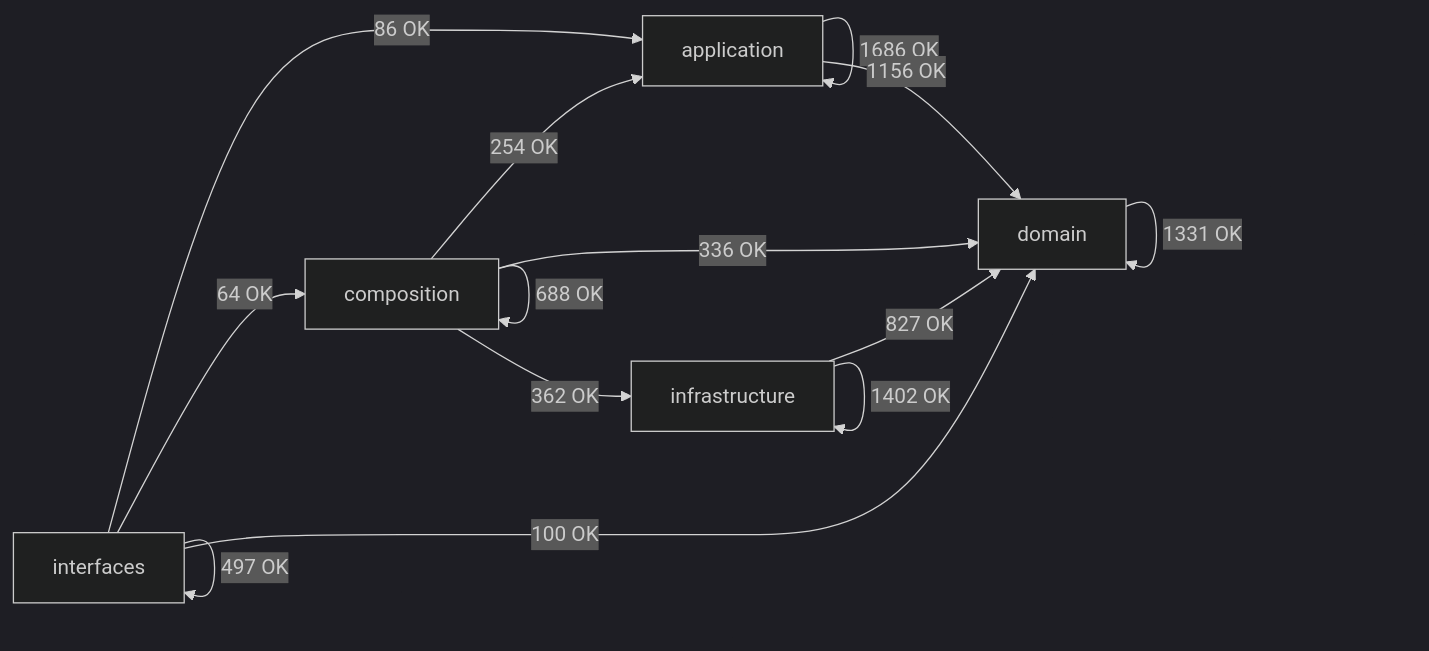
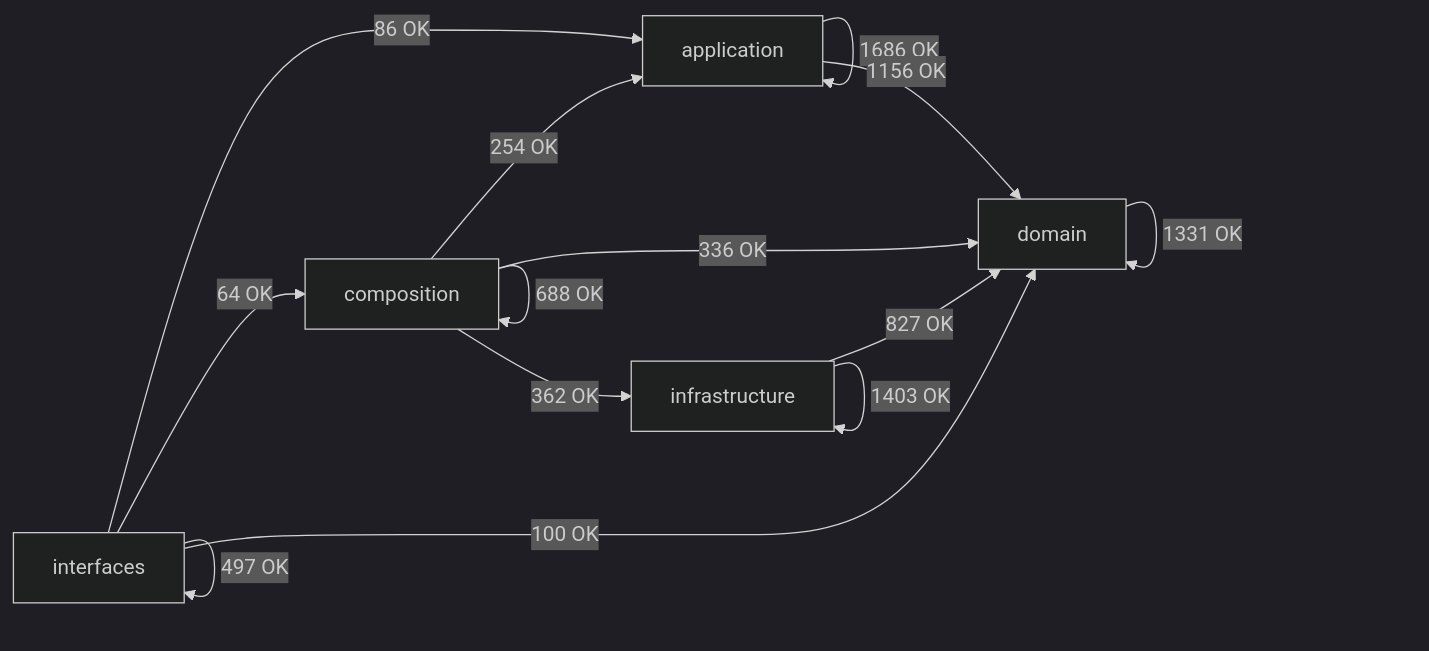
The diagram in docs/02-architecture/generated/module-dependency-map.md (SatoryKono/BioactivityDataAcquisition), drawn with Mermaid (dark theme) before and after one commit. The commit also changed other lines of this file and 11 other files, not shown here.

````diff
--- a/docs/02-architecture/generated/module-dependency-map.md
+++ b/docs/02-architecture/generated/module-dependency-map.md
@@ -17,21 +17,21 @@
 ```mermaid
 flowchart LR
     domain[domain]
     application[application]
     infrastructure[infrastructure]
     composition[composition]
     interfaces[interfaces]
     application -->|1686 OK| application
     application -->|1156 OK| domain
     composition -->|254 OK| application
     composition -->|688 OK| composition
     composition -->|336 OK| domain
     composition -->|362 OK| infrastructure
     domain -->|1331 OK| domain
     infrastructure -->|827 OK| domain
-    infrastructure -->|1402 OK| infrastructure
+    infrastructure -->|1403 OK| infrastructure
     interfaces -->|86 OK| application
     interfaces -->|64 OK| composition
     interfaces -->|100 OK| domain
     interfaces -->|497 OK| interfaces
 ```
````
